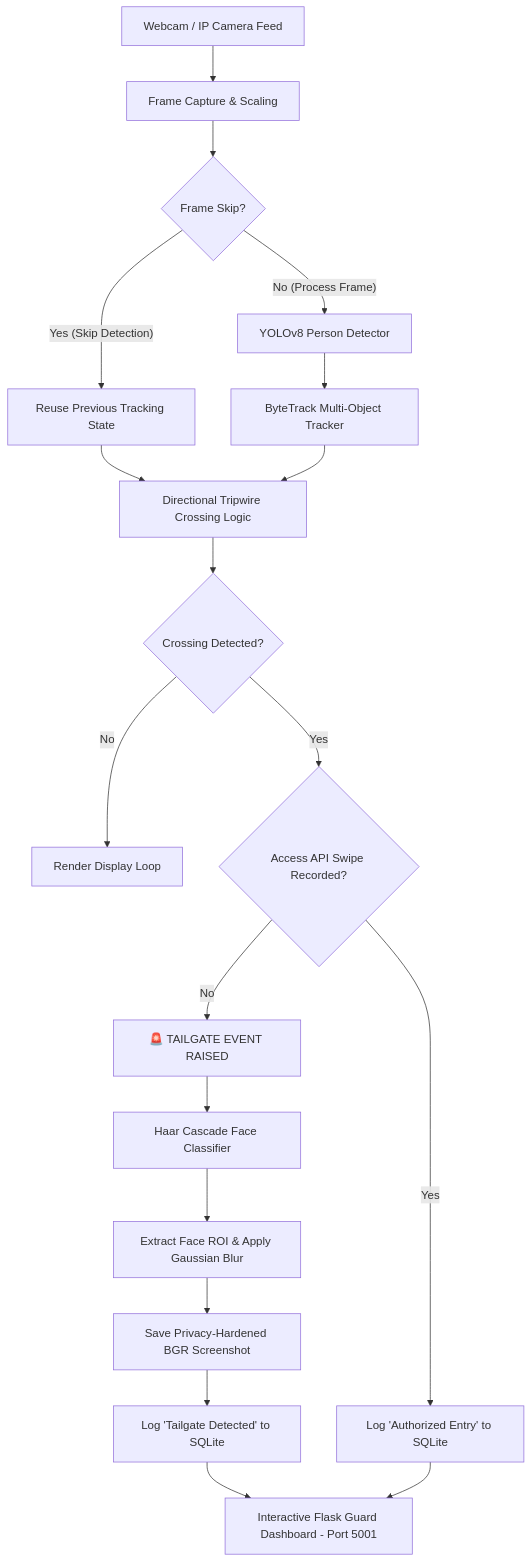
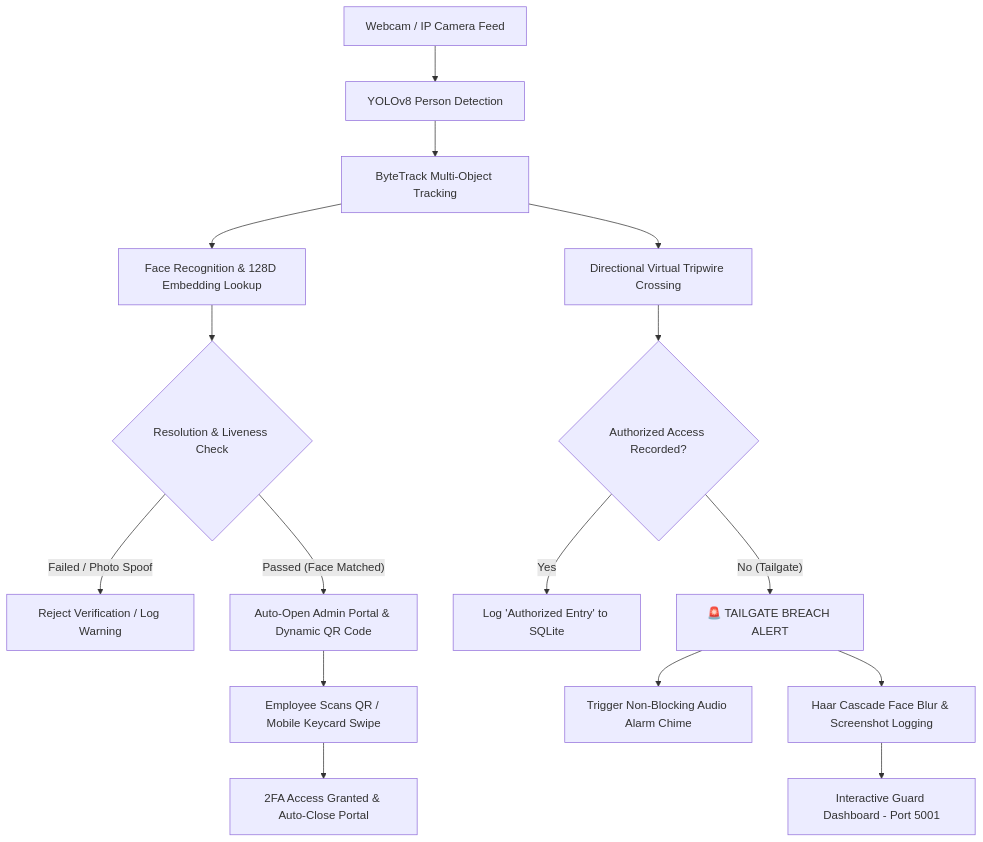
Before and after one commit to Khant919/Tailgating-Detection: the diagram in README.md, drawn with Mermaid. The commit also changed other lines of this file and 17 other files, not shown here.

Commit message:
feat(security & docs): Add 2FA pipeline, EAR liveness detection, rate limiting, and contributor docs

````diff
--- a/README.md
+++ b/README.md
@@ -9,19 +11,18 @@
 ```mermaid
 flowchart TD
-    A[Webcam / IP Camera Feed] --> B[Frame Capture & Scaling]
-    B --> C{Frame Skip?}
-    C -- Yes (Skip Detection) --> D[Reuse Previous Tracking State]
-    C -- No (Process Frame) --> E[YOLOv8 Person Detector]
-    E --> F[ByteTrack Multi-Object Tracker]
-    D & F --> G[Directional Tripwire Crossing Logic]
-    G --> H{Crossing Detected?}
-    H -- No --> I[Render Display Loop]
-    H -- Yes --> J{Access API Swipe Recorded?}
-    J -- Yes --> K[Log 'Authorized Entry' to SQLite]
-    J -- No --> L[🚨 TAILGATE EVENT RAISED]
-    L --> M[Haar Cascade Face Classifier]
-    M --> N[Extract Face ROI & Apply Gaussian Blur]
-    N --> O[Save Privacy-Hardened BGR Screenshot]
-    O --> P[Log 'Tailgate Detected' to SQLite]
-    P & K --> Q[Interactive Flask Guard Dashboard - Port 5001]
+    A[Webcam / IP Camera Feed] --> B[YOLOv8 Person Detection]
+    B --> C[ByteTrack Multi-Object Tracking]
+    C --> D[Face Recognition & 128D Embedding Lookup]
+    D --> E{Resolution & Liveness Check}
+    E -- Failed / Photo Spoof --> F[Reject Verification / Log Warning]
+    E -- Passed (Face Matched) --> G[Auto-Open Admin Portal & Dynamic QR Code]
+    G --> H[Employee Scans QR / Mobile Keycard Swipe]
+    H --> I[2FA Access Granted & Auto-Close Portal]
+    C --> J[Directional Virtual Tripwire Crossing]
+    J --> K{Authorized Access Recorded?}
+    K -- Yes --> L[Log 'Authorized Entry' to SQLite]
+    K -- No (Tailgate) --> M[🚨 TAILGATE BREACH ALERT]
+    M --> N[Trigger Non-Blocking Audio Alarm Chime]
+    M --> O[Haar Cascade Face Blur & Screenshot Logging]
+    O --> P[Interactive Guard Dashboard - Port 5001]
 ```
````
